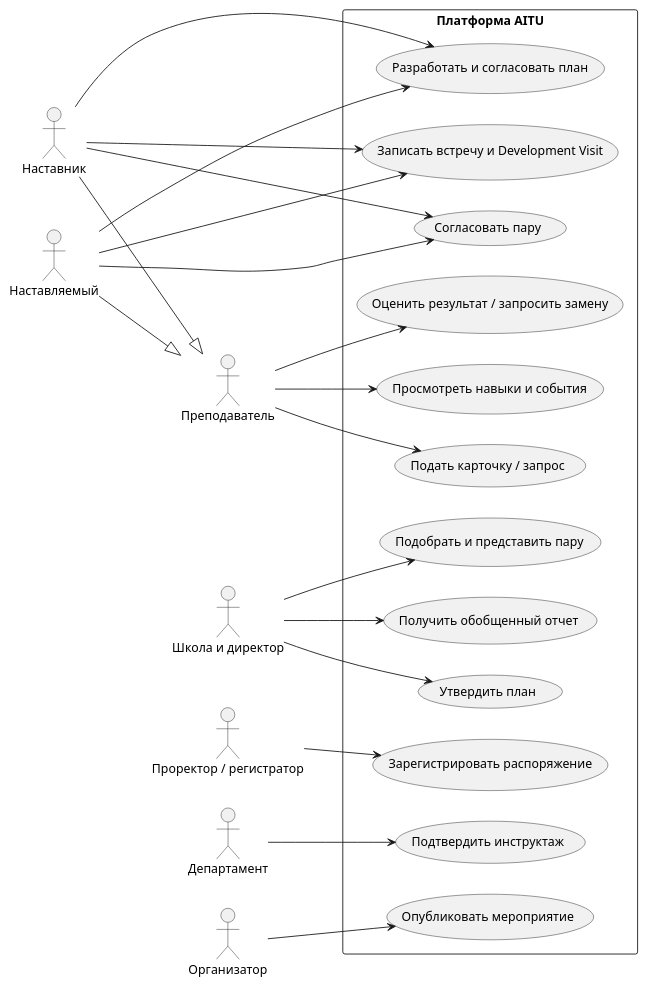
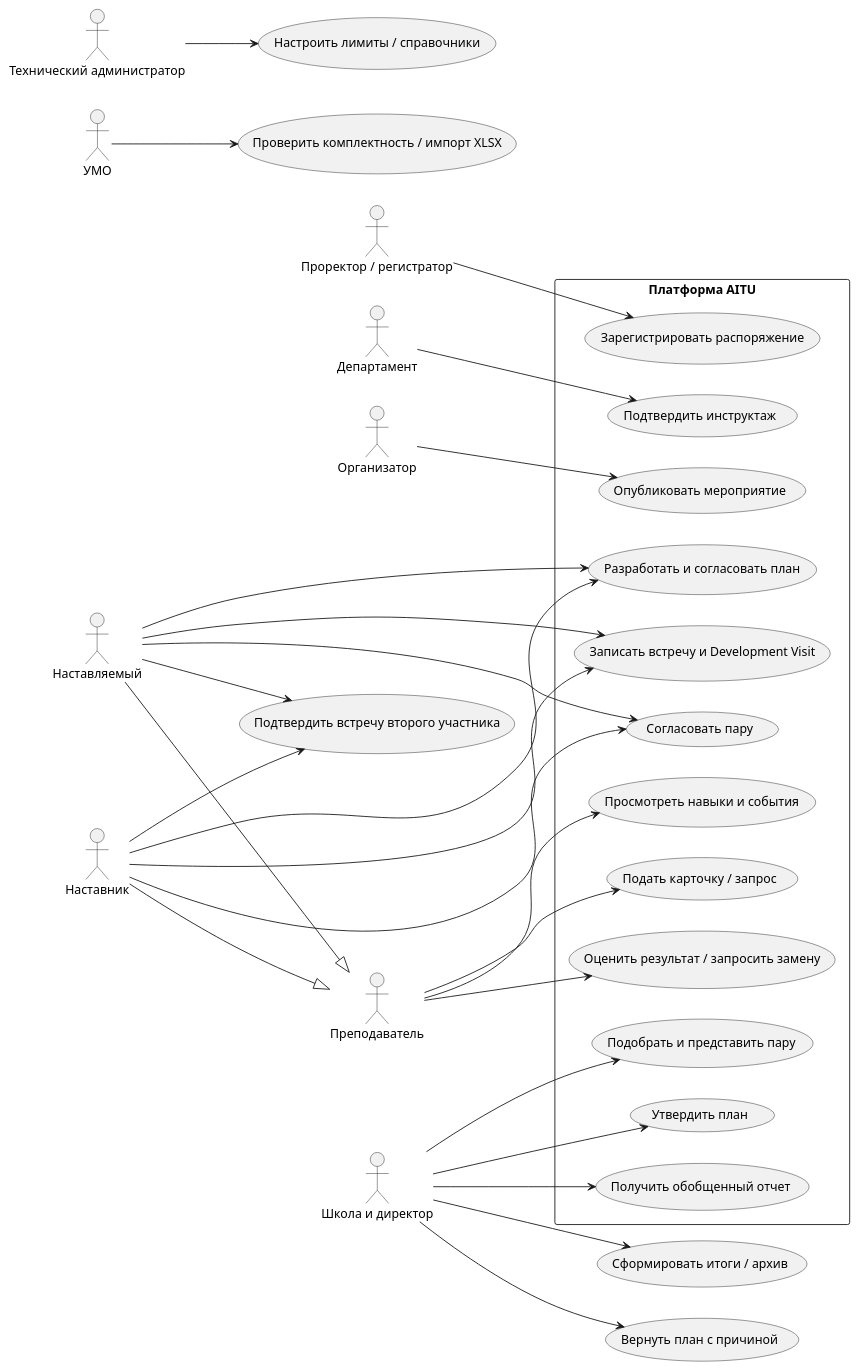
The diagram in diagrams/source/use-cases.puml (krna-tul/Diploma_Project_TulegenovaKM), drawn with PlantUML before and after one commit. The commit also changed 24 other files, not shown here.

Commit message:
DIP-2 DIP-6 DIP-9: align October criteria, architecture and linked YouTrack plan

```diff
--- a/diagrams/source/use-cases.puml
+++ b/diagrams/source/use-cases.puml
@@ -1,41 +1,54 @@
 @startuml
 left to right direction
 actor "Преподаватель" as Teacher
 actor "Наставник" as Mentor
 actor "Наставляемый" as Mentee
 actor "Школа и директор" as School
 actor "Проректор / регистратор" as Rector
 actor "Департамент" as Department
 actor "Организатор" as Organizer
 Mentor --|> Teacher
 Mentee --|> Teacher
 rectangle "Платформа AITU" {
  usecase "Просмотреть навыки и события" as Catalog
  usecase "Подать карточку / запрос" as Apply
  usecase "Согласовать пару" as Consent
  usecase "Подобрать и представить пару" as Match
  usecase "Зарегистрировать распоряжение" as Appoint
  usecase "Разработать и согласовать план" as Plan
  usecase "Утвердить план" as Approve
  usecase "Записать встречу и Development Visit" as Visit
  usecase "Оценить результат / запросить замену" as Evaluate
  usecase "Получить обобщенный отчет" as Report
  usecase "Подтвердить инструктаж" as Training
  usecase "Опубликовать мероприятие" as Event
 }
 Teacher --> Catalog
 Teacher --> Apply
 Mentor --> Consent
 Mentee --> Consent
 School --> Match
 Rector --> Appoint
 Mentor --> Plan
 Mentee --> Plan
 School --> Approve
 Mentor --> Visit
 Mentee --> Visit
 Teacher --> Evaluate
 School --> Report
 Department --> Training
 Organizer --> Event
+actor "УМО" as UMO
+actor "Технический администратор" as Admin
+usecase "Проверить комплектность / импорт XLSX" as Import
+usecase "Настроить лимиты / справочники" as Configure
+usecase "Вернуть план с причиной" as ReturnPlan
+usecase "Подтвердить встречу второго участника" as Confirm
+usecase "Сформировать итоги / архив" as Archive
+UMO --> Import
+Admin --> Configure
+School --> ReturnPlan
+Mentor --> Confirm
+Mentee --> Confirm
+School --> Archive
 @enduml
```
